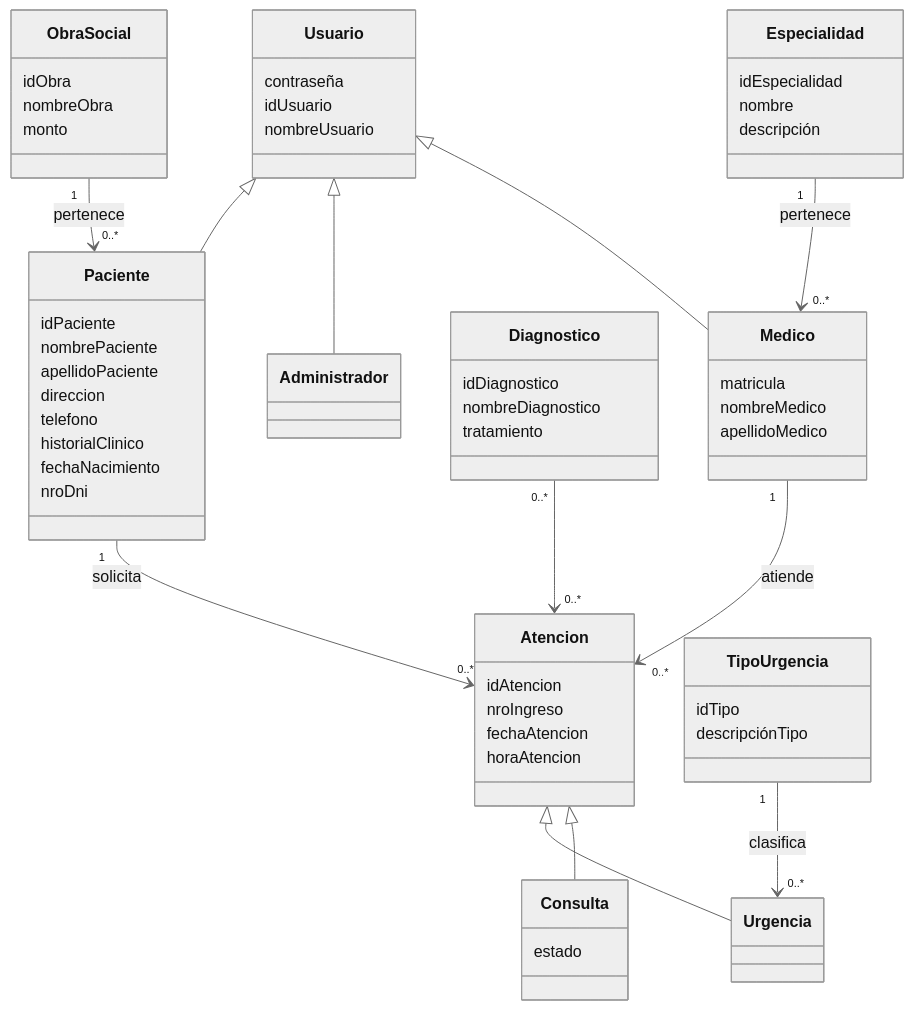
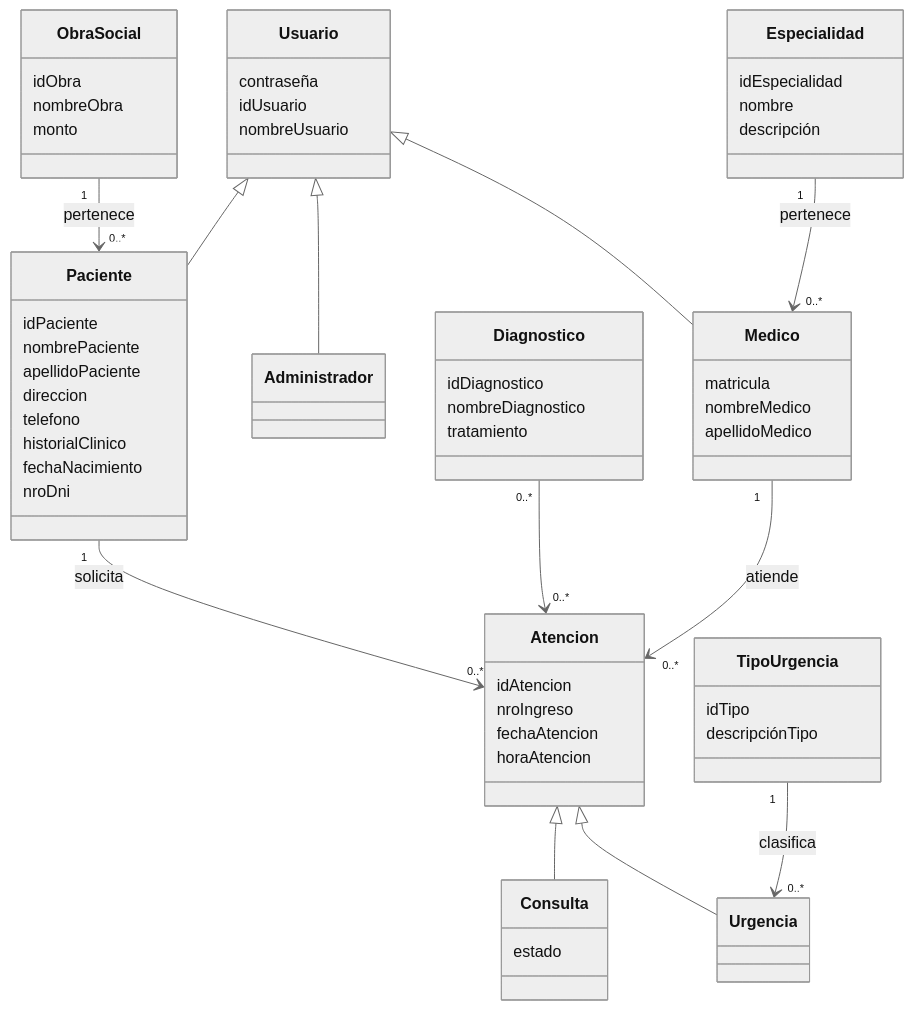
Before and after one commit to MayraZapata/TP-DSW-Garcia-Paulucci-Zapata: the diagram in proposal.md, drawn with Mermaid (neutral theme). The commit also changed other lines of this file, not shown here.

````diff
--- a/proposal.md
+++ b/proposal.md
@@ -19,77 +19,77 @@
 ```mermaid
 classDiagram
 class Paciente {
   idPaciente
   nombrePaciente
   apellidoPaciente
   direccion
   telefono
   historialClinico
   fechaNacimiento
   nroDni
 }
 
 class Medico {
   matricula
   nombreMedico
   apellidoMedico
 }
 
 class Especialidad {
   idEspecialidad
   nombre
   descripción
 }
 
 class Atencion {
   idAtencion
   nroIngreso
   fechaAtencion
   horaAtencion
 }
 
 class Consulta {
   estado
 }
 
 class Urgencia {}
 
 class TipoUrgencia {
   idTipo
   descripciónTipo
 }
 
 class Diagnostico {
   idDiagnostico
   nombreDiagnostico
   tratamiento
 }
 
 class ObraSocial {
   idObra
   nombreObra
   monto
 }
 
 class Usuario {
   contraseña
   idUsuario
   nombreUsuario
 }
 
 class Administrador {}
 
 Usuario <|-- Paciente
 Usuario <|-- Administrador
 Usuario <|-- Medico
 ObraSocial "1" --> "0..*" Paciente : pertenece
 Paciente "1" --> "0..*" Atencion : solicita
 Medico "1" --> "0..*" Atencion : atiende
 Diagnostico "0..*" --> "0..*" Atencion 
 Especialidad "1" --> "0..*" Medico : pertenece
 TipoUrgencia "1" --> "0..*" Urgencia : clasifica
+Atencion <|-- Consulta
 Atencion <|-- Urgencia
-Atencion <|-- Consulta
 
 
 ```
````
